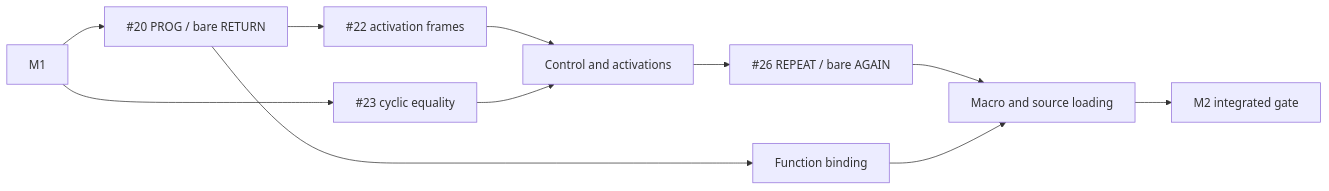
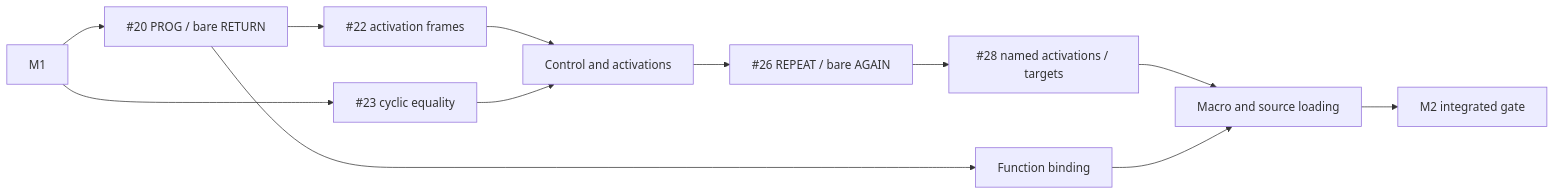
Before and after one commit to quaat/mdl-racket: the second of 2 diagrams in docs/PLAN.md, drawn with Mermaid. The commit also changed other lines of this file and 16 other files, not shown here.

Commit message:
Implement named M2 activations and explicit targets

````diff
--- a/docs/PLAN.md
+++ b/docs/PLAN.md
@@ -102,13 +103,14 @@
 ```mermaid
 flowchart LR
   M1 --> I20["#20 PROG / bare RETURN"]
   I20 --> I22["#22 activation frames"]
   M1 --> I23["#23 cyclic equality"]
   I22 --> C["Control and activations"]
   I23 --> C
   C --> I26["#26 REPEAT / bare AGAIN"]
+  I26 --> I28["#28 named activations / targets"]
   I20 --> F["Function binding"]
-  I26 --> L["Macro and source loading"]
+  I28 --> L["Macro and source loading"]
   F --> L
   L --> G["M2 integrated gate"]
 ```
````
